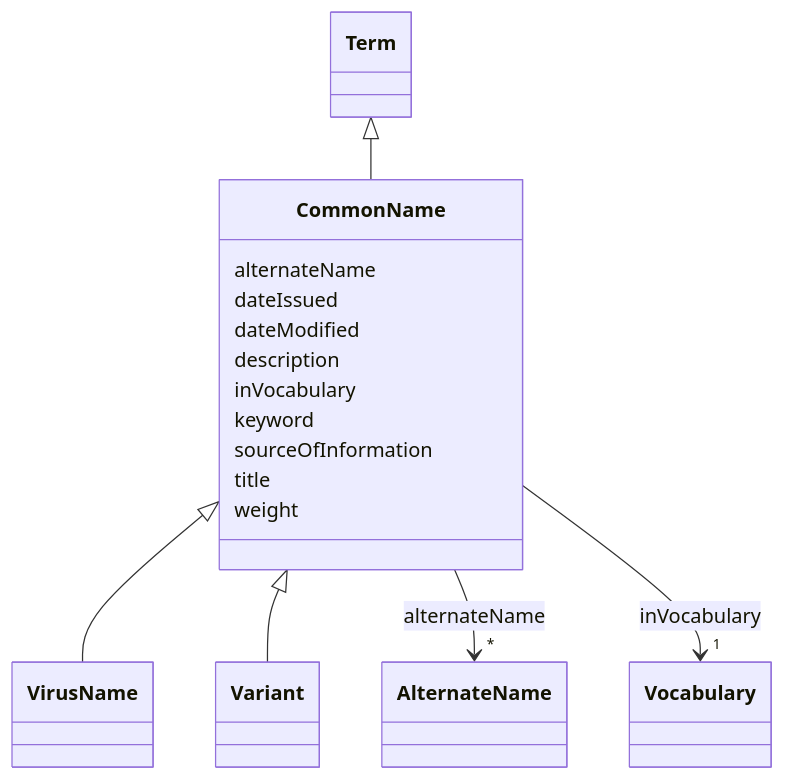
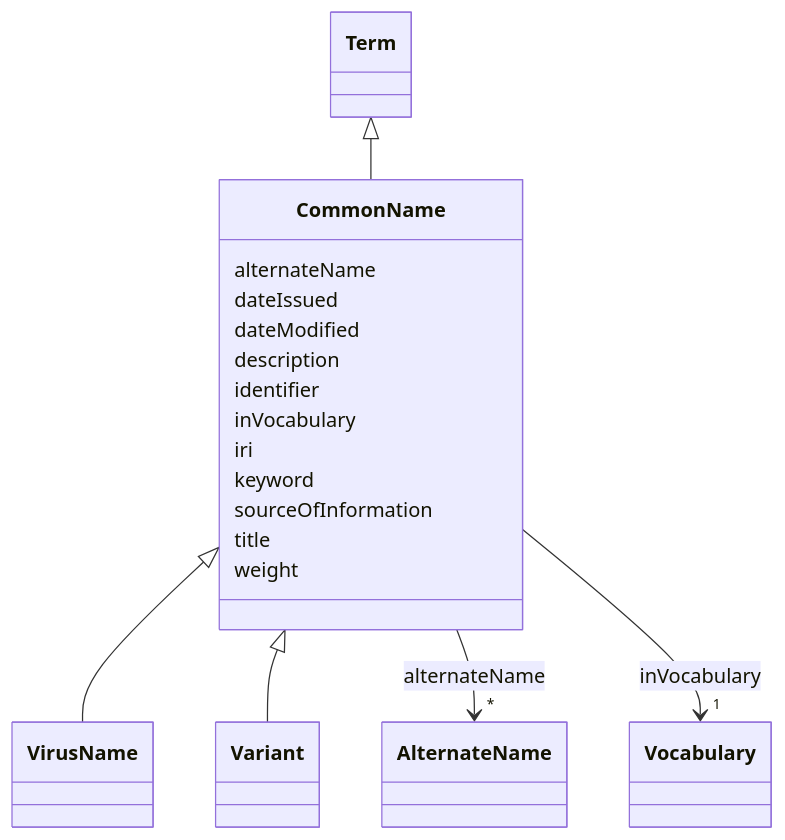
The diagram in models/docs/CommonName.md (EVORA-project/evora-ontology), drawn with Mermaid before and after one commit. The commit also changed other lines of this file and 391 other files, not shown here.

````diff
--- a/models/docs/CommonName.md
+++ b/models/docs/CommonName.md
@@ -19,48 +19,52 @@
 ```mermaid
  classDiagram
     class CommonName
     click CommonName href "../CommonName"
       Term <|-- CommonName
         click Term href "../Term"
       
 
       CommonName <|-- VirusName
         click VirusName href "../VirusName"
       CommonName <|-- Variant
         click Variant href "../Variant"
       
       
       CommonName : alternateName
         
           
     
     
     CommonName --> "*" AlternateName : alternateName
     click AlternateName href "../AlternateName"
 
         
       CommonName : dateIssued
         
       CommonName : dateModified
         
       CommonName : description
         
+      CommonName : identifier
+        
       CommonName : inVocabulary
         
           
     
     
     CommonName --> "1" Vocabulary : inVocabulary
     click Vocabulary href "../Vocabulary"
 
+        
+      CommonName : iri
         
       CommonName : keyword
         
       CommonName : sourceOfInformation
         
       CommonName : title
         
       CommonName : weight
         
       
 ```
````
